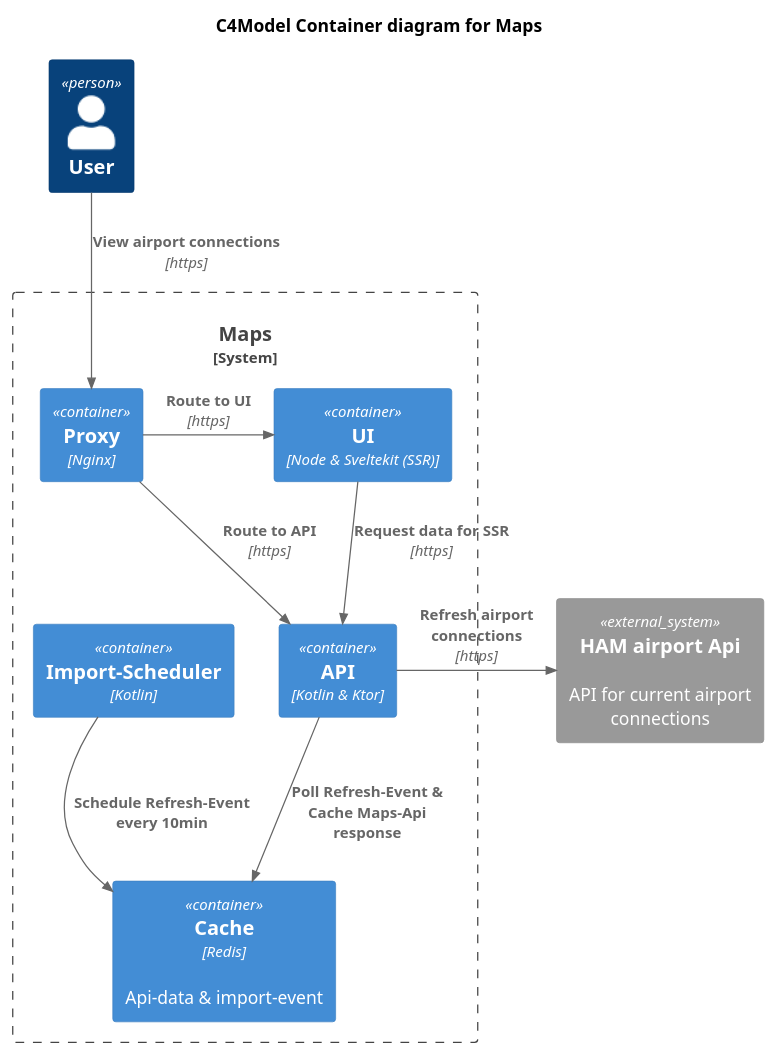
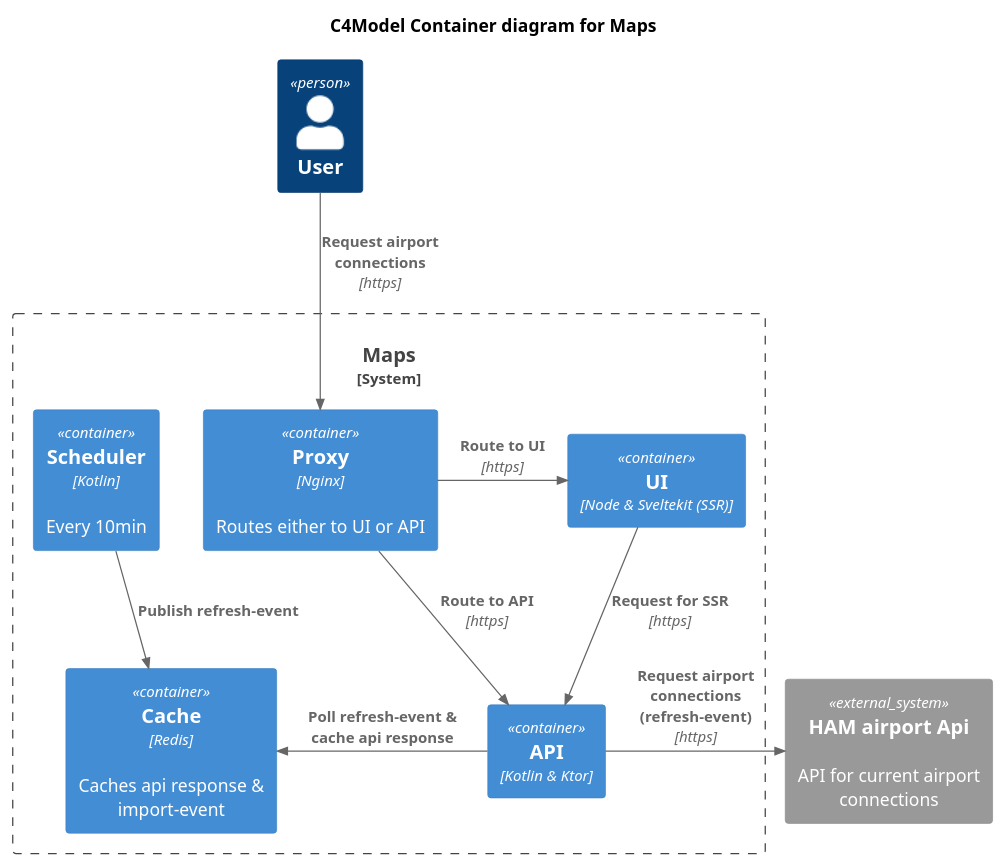
Before and after one commit to OskarWestmeijer/flights: the diagram in docs/c4_container.puml, drawn with PlantUML.

Commit message:
feat: update c4 model

```diff
--- a/docs/c4_container.puml
+++ b/docs/c4_container.puml
@@ -1,28 +1,28 @@
 @startuml C4_Elements
 
 !include https://raw.githubusercontent.com/plantuml-stdlib/C4-PlantUML/master/C4_Container.puml
 
 title C4Model Container diagram for Maps
 
 Person(user, "User")
 
 System_Boundary(weatherSystem, "Maps") {
-    Container(nginx_proxy, "Proxy", "Nginx")
+    Container(nginx_proxy, "Proxy", "Nginx", $descr="Routes either to UI or API")
     Container(maps_api, "API", "Kotlin & Ktor")
-    Container(maps_scheduler, "Import-Scheduler", "Kotlin")
-    Container(maps_cache, "Cache", "Redis", $descr="Api-data & import-event")
+    Container(maps_scheduler, "Scheduler", "Kotlin", $descr="Every 10min")
+    Container(maps_cache, "Cache", "Redis", $descr="Caches api response & import-event")
     Container(maps_ui, "UI", "Node & Sveltekit (SSR)")
 }
 System_Ext(ham_api, "HAM airport Api", "API for current airport connections")
 
 
-Rel(user, nginx_proxy, "View airport connections", "https")
+Rel(user, nginx_proxy, "Request airport connections", "https")
 Rel_R(nginx_proxy, maps_ui, "Route to UI", "https")
 Rel_D(nginx_proxy, maps_api, "Route to API", "https")
-Rel(maps_ui, maps_api, "Request data for SSR", "https")
-Rel(maps_api, maps_cache, "Poll Refresh-Event & Cache Maps-Api response")
-Rel(maps_scheduler, maps_cache, "Schedule Refresh-Event every 10min")
-Rel_R(maps_api, ham_api, "Refresh airport connections", "https")
+Rel(maps_ui, maps_api, "Request for SSR", "https")
+Rel_L(maps_api, maps_cache, "Poll refresh-event & cache api response")
+Rel_D(maps_scheduler, maps_cache, "Publish refresh-event")
+Rel_R(maps_api, ham_api, "Request airport connections (refresh-event)", "https")
 
 LAYOUT_TOP_DOWN()
 @enduml
```
